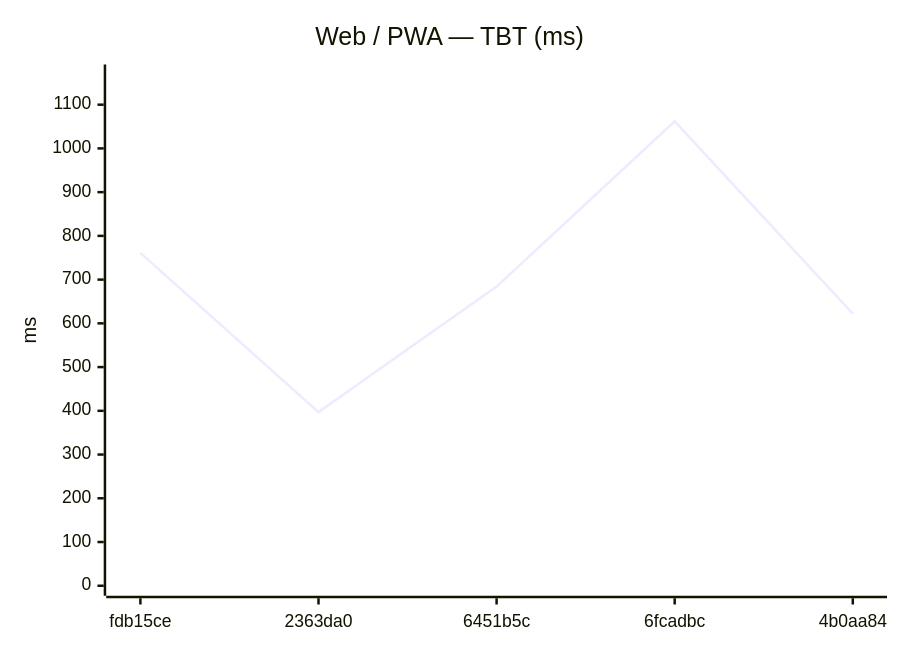
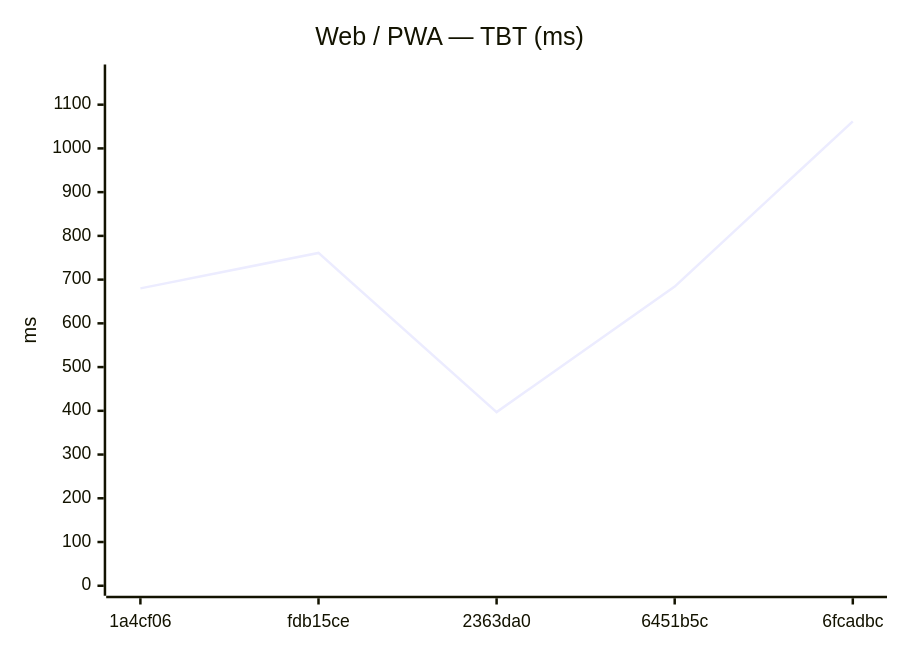
One commit to Metaheurist/Rianell changed the sixth of 12 diagrams in benchmarks/compare.md. Above: the diagram before and after it, drawn with Mermaid. The commit also changed other lines of this file and 8 other files, not shown here.

````diff
--- a/benchmarks/compare.md
+++ b/benchmarks/compare.md
@@ -89,7 +89,7 @@
 ```mermaid
 xychart-beta
     title "Web / PWA — TBT (ms)"
-    x-axis ["fdb15ce", "2363da0", "6451b5c", "6fcadbc", "4b0aa84"]
+    x-axis ["1a4cf06", "fdb15ce", "2363da0", "6451b5c", "6fcadbc"]
     y-axis "ms" 0 --> 1169
-    line [761, 397, 684, 1062, 622]
+    line [680, 761, 397, 684, 1062]
 ```
````
